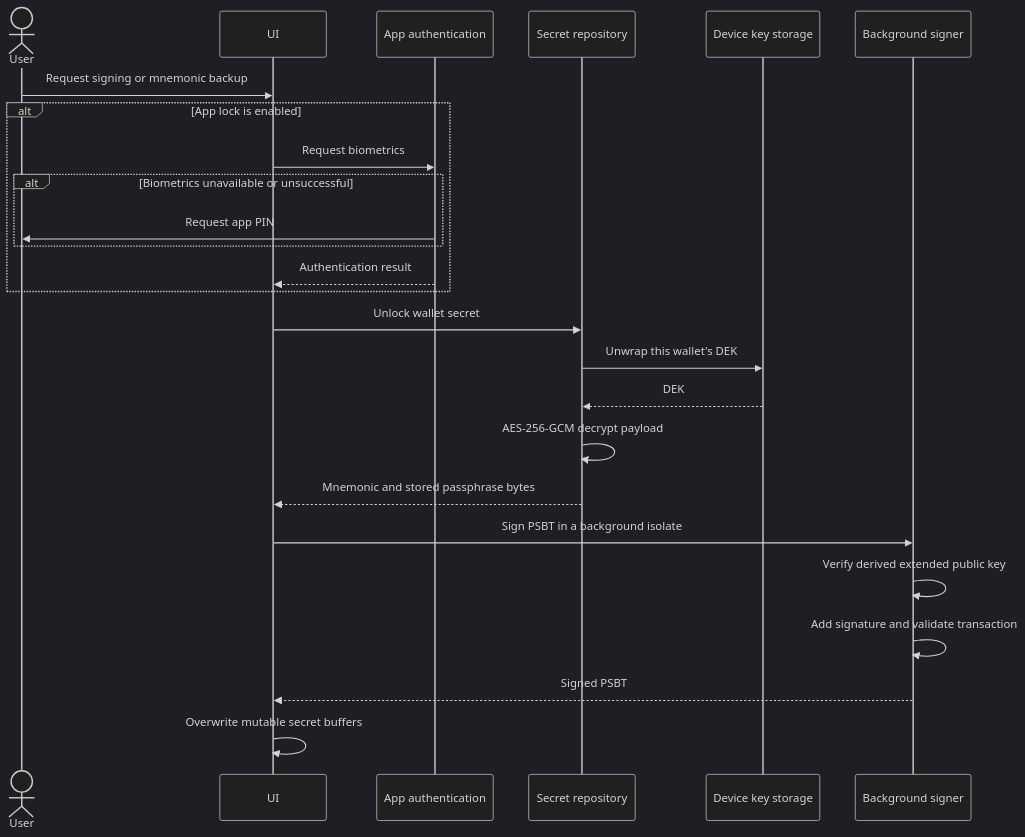
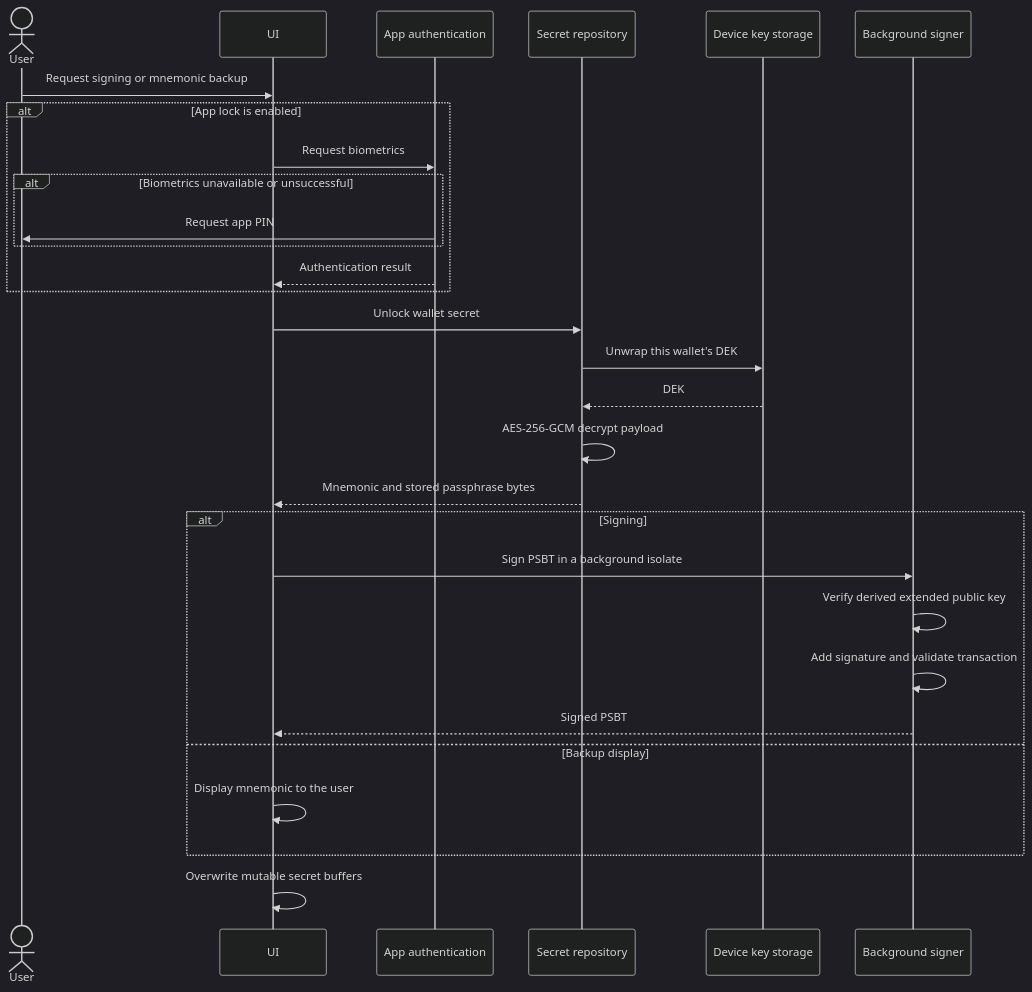
Before and after one commit to noncelab/coconut_wallet: the second of 2 diagrams in docs/security/hot_wallet_security.md, drawn with Mermaid (dark theme). The commit also changed other lines of this file and 1 other file, not shown here.

````diff
--- a/docs/security/hot_wallet_security.md
+++ b/docs/security/hot_wallet_security.md
@@ -66,28 +68,32 @@
 ```mermaid
 sequenceDiagram
     actor User
     participant UI
     participant Auth as App authentication
     participant Repo as Secret repository
     participant HW as Device key storage
     participant Signer as Background signer
 
     User->>UI: Request signing or mnemonic backup
     alt App lock is enabled
         UI->>Auth: Request biometrics
         alt Biometrics unavailable or unsuccessful
             Auth->>User: Request app PIN
         end
         Auth-->>UI: Authentication result
     end
     UI->>Repo: Unlock wallet secret
     Repo->>HW: Unwrap this wallet's DEK
     HW-->>Repo: DEK
     Repo->>Repo: AES-256-GCM decrypt payload
     Repo-->>UI: Mnemonic and stored passphrase bytes
-    UI->>Signer: Sign PSBT in a background isolate
-    Signer->>Signer: Verify derived extended public key
-    Signer->>Signer: Add signature and validate transaction
-    Signer-->>UI: Signed PSBT
+    alt Signing
+        UI->>Signer: Sign PSBT in a background isolate
+        Signer->>Signer: Verify derived extended public key
+        Signer->>Signer: Add signature and validate transaction
+        Signer-->>UI: Signed PSBT
+    else Backup display
+        UI->>UI: Display mnemonic to the user
+    end
     UI->>UI: Overwrite mutable secret buffers
 ```
````
